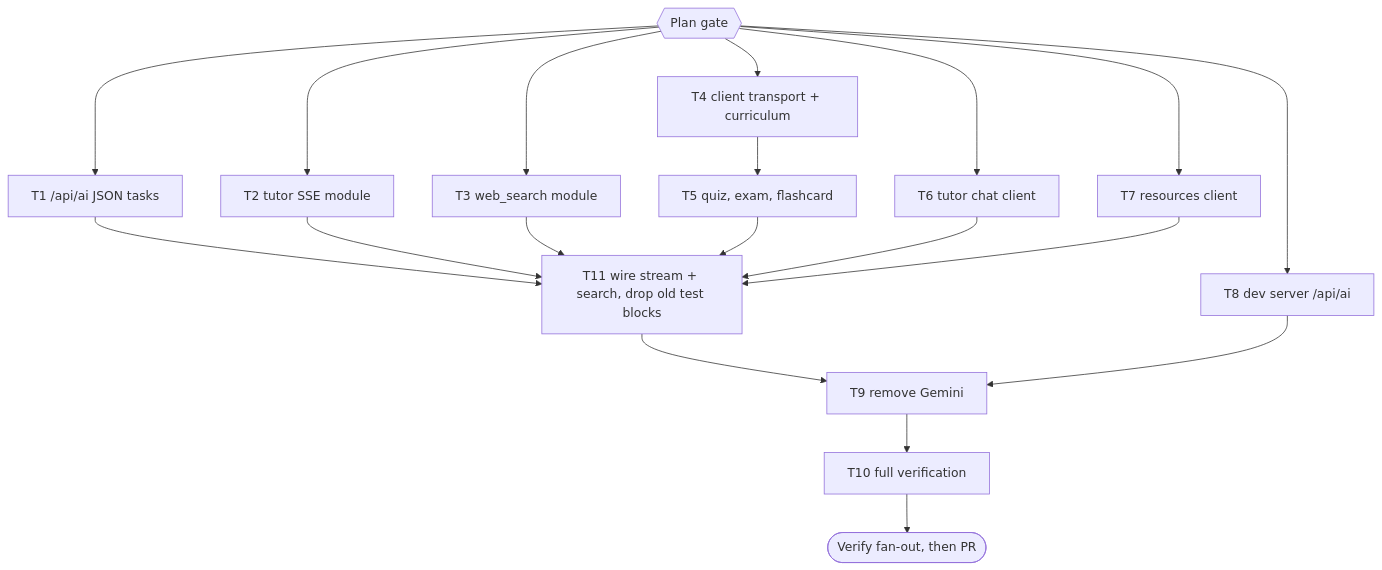
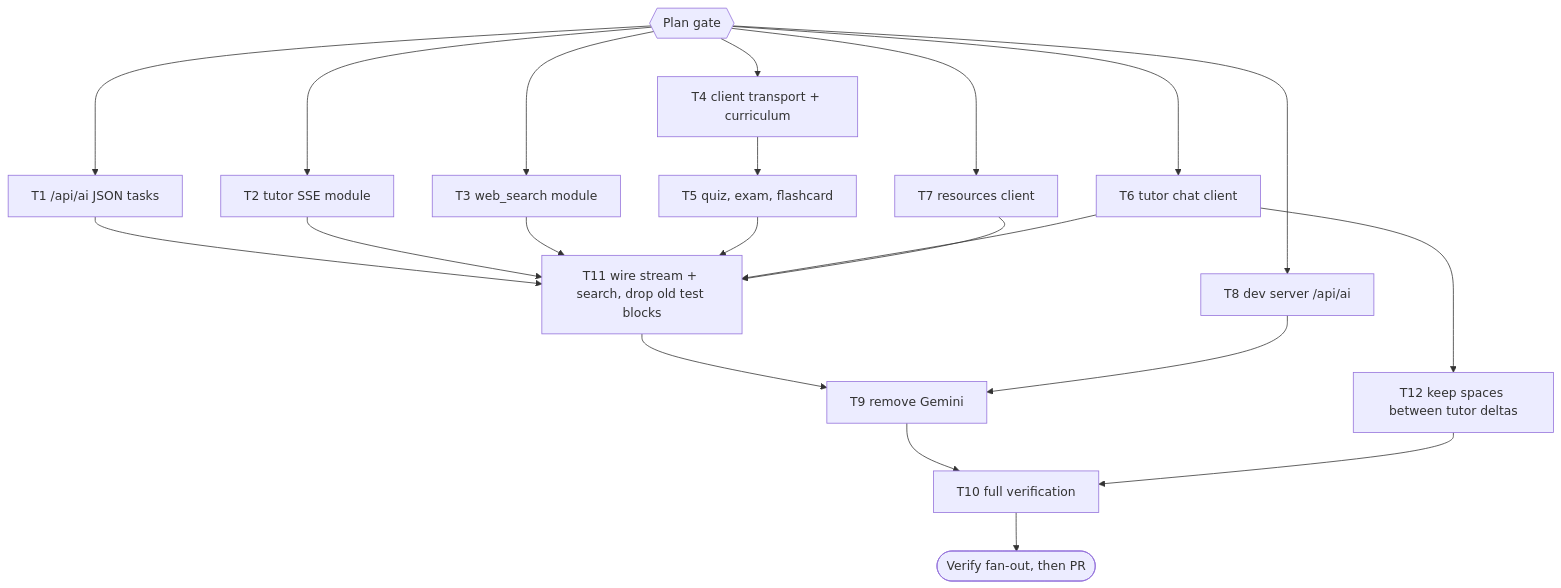
Before and after one commit to belajarcarabelajar/adaptiva: the diagram in docs/code-plan/plans/2026-11-12-migrasi-claude.md, drawn with Mermaid. The commit also changed other lines of this file and 2 other files, not shown here.

````diff
--- a/docs/code-plan/plans/2026-11-12-migrasi-claude.md
+++ b/docs/code-plan/plans/2026-11-12-migrasi-claude.md
@@ -240,23 +254,25 @@
 ```mermaid
 flowchart TD
     accTitle: Task graph for the Claude migration (v1.2)
     accDescr: The plan gate opens independent pieces in parallel: the server endpoint, the tutor and search modules, the client transport chain, chat and resources clients, and the dev server. The parent wires the stream and search modules into the core, then Gemini is removed and everything is verified.
     G{{"Plan gate"}} --> T1["T1 /api/ai JSON tasks"]
     G --> T2["T2 tutor SSE module"]
     G --> T3["T3 web_search module"]
     G --> T4["T4 client transport + curriculum"]
     T4 --> T5["T5 quiz, exam, flashcard"]
     G --> T6["T6 tutor chat client"]
     G --> T7["T7 resources client"]
     G --> T8["T8 dev server /api/ai"]
     T1 --> T11["T11 wire stream + search, drop old test blocks"]
     T2 --> T11
     T3 --> T11
     T5 --> T11
     T6 --> T11
     T7 --> T11
     T11 --> T9["T9 remove Gemini"]
     T8 --> T9
     T9 --> T10["T10 full verification"]
+    T6 --> T12["T12 keep spaces between tutor deltas"]
+    T12 --> T10
     T10 --> V(["Verify fan-out, then PR"])
 ```
````
